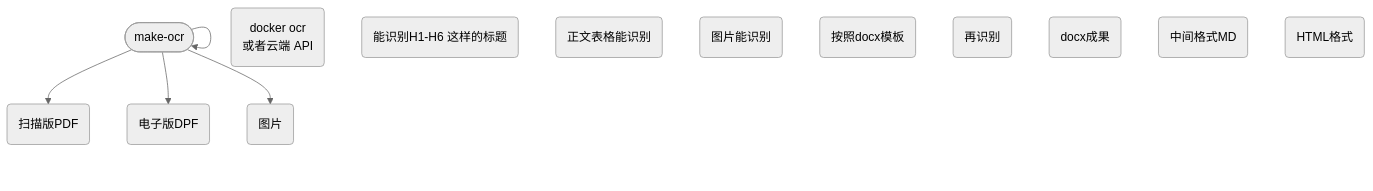
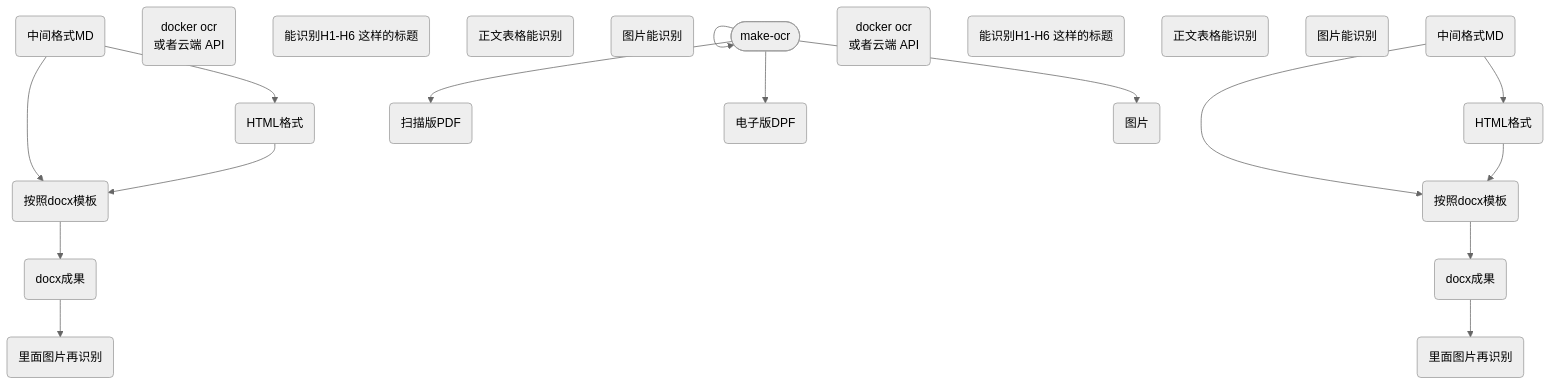
One commit to fireflysss/mermaid-notes changed the diagram in notes/未命名_da3b1e9d-46b8-4fe8-a207-538027b2306b.md. Above: the diagram before and after it, drawn with Mermaid (neutral theme). The commit also changed 3 other files, not shown here.

Commit message:
Sync Mermaid Studio data (12 diagrams)

````diff
--- a/notes/未命名_da3b1e9d-46b8-4fe8-a207-538027b2306b.md
+++ b/notes/未命名_da3b1e9d-46b8-4fe8-a207-538027b2306b.md
@@ -3,21 +3,40 @@
 ```mermaid
 flowchart TD
   n_0(["make-ocr"])
   n_1("扫描版PDF")
   n_2("电子版DPF")
   n_3("docker ocr<br/>或者云端 API")
   n_4("图片")
   n_5("能识别H1-H6 这样的标题")
   n_6("正文表格能识别")
   n_7("图片能识别")
   n_8("按照docx模板")
-  n_9("再识别")
+  n_9("里面图片再识别")
   n_10("docx成果")
   n_11("中间格式MD")
   n_12("HTML格式")
+  n_13("docker ocr<br/>或者云端 API")
+  n_14("能识别H1-H6 这样的标题")
+  n_15("正文表格能识别")
+  n_16("图片能识别")
+  n_17("按照docx模板")
+  n_18("里面图片再识别")
+  n_19("docx成果")
+  n_20("中间格式MD")
+  n_21("HTML格式")
   n_0 --> n_0
   n_0 --> n_1
   n_0 --> n_2
   n_0 --> n_4
+  n_11 --> n_8
+  n_11 --> n_12
+  n_12 --> n_8
+  n_8 --> n_10
+  n_10 --> n_9
+  n_20 --> n_17
+  n_20 --> n_21
+  n_21 --> n_17
+  n_17 --> n_19
+  n_19 --> n_18
 
 ```
````
